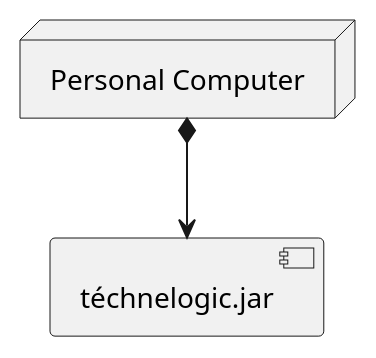
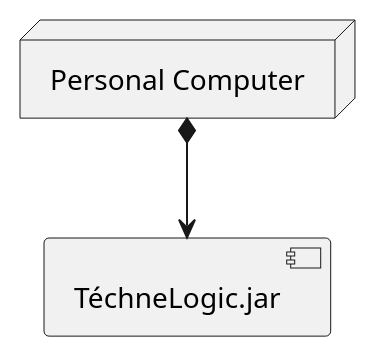
The diagram in docs/logicalView/desingView/architectureDesign/DeployDiagram.plantuml (TheSProyect/Proyecto-IS-Grupo-1), drawn with PlantUML before and after one commit. The commit also changed 7 other files, not shown here.

Commit message:
Finished Design Discipline Diagrams

```diff
--- a/docs/logicalView/desingView/architectureDesign/DeployDiagram.plantuml
+++ b/docs/logicalView/desingView/architectureDesign/DeployDiagram.plantuml
@@ -1,7 +1,7 @@
 @startuml deployDiagram
 
-[téchnelogic.jar] 
+[TéchneLogic.jar] 
 node "Personal Computer" as personalComputer
-personalComputer *-down-> [téchnelogic.jar]
+personalComputer *-down-> [TéchneLogic.jar]
 
 @enduml
```
